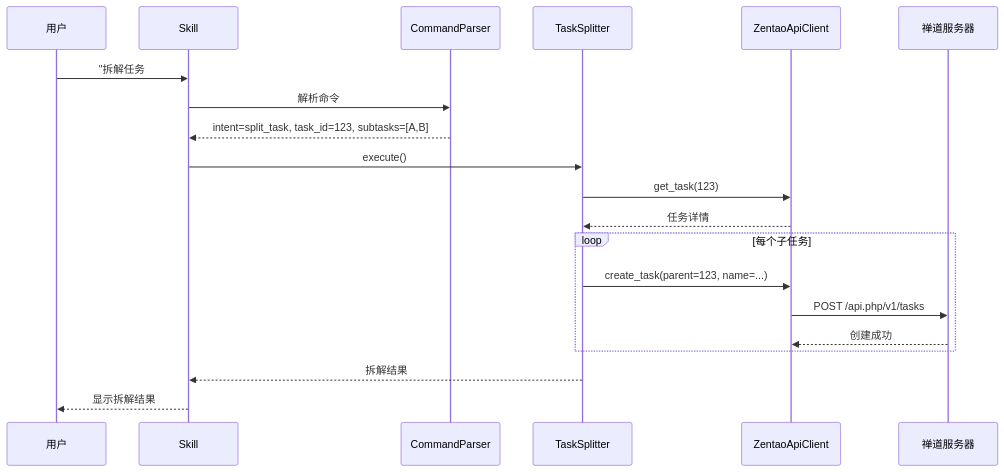
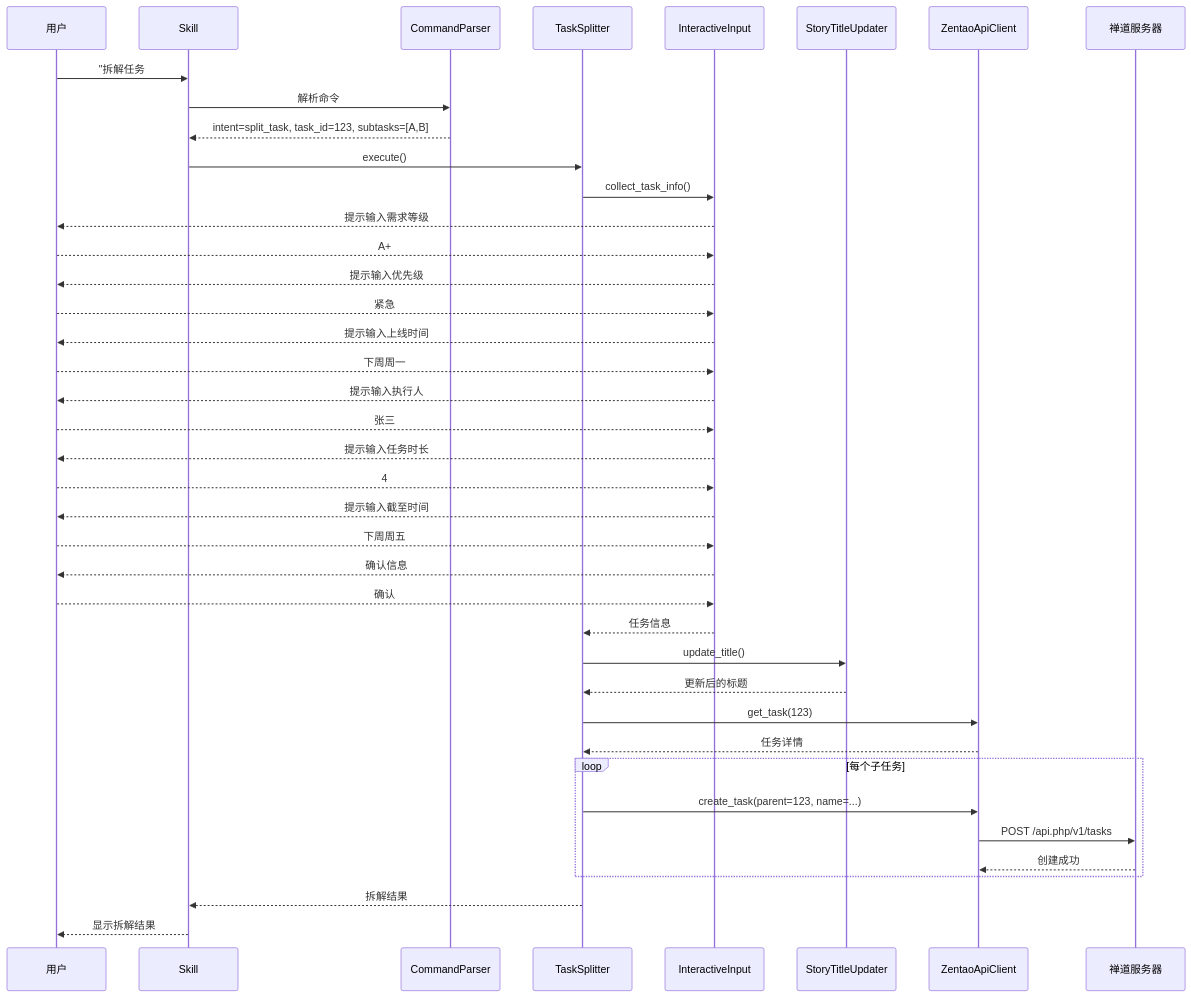
Before and after one commit to Zaxuk/Project-Z: the fourth of 5 diagrams in ZTools/docs/design/architecture.md, drawn with Mermaid. The commit also changed other lines of this file and 6 other files, not shown here.

````diff
--- a/ZTools/docs/design/architecture.md
+++ b/ZTools/docs/design/architecture.md
@@ -190,23 +201,48 @@
 ```mermaid
 sequenceDiagram
     participant User as 用户
     participant Skill as Skill
     participant Parser as CommandParser
     participant Splitter as TaskSplitter
+    participant Input as InteractiveInput
+    participant TitleUpdater as StoryTitleUpdater
     participant API as ZentaoApiClient
     participant Zentao as 禅道服务器
 
     User->>Skill: "拆解任务#123为A和B"
     Skill->>Parser: 解析命令
     Parser-->>Skill: intent=split_task, task_id=123, subtasks=[A,B]
     Skill->>Splitter: execute()
+    
+    Splitter->>Input: collect_task_info()
+    Input-->>User: 提示输入需求等级
+    User-->>Input: A+
+    Input-->>User: 提示输入优先级
+    User-->>Input: 紧急
+    Input-->>User: 提示输入上线时间
+    User-->>Input: 下周周一
+    Input-->>User: 提示输入执行人
+    User-->>Input: 张三
+    Input-->>User: 提示输入任务时长
+    User-->>Input: 4
+    Input-->>User: 提示输入截至时间
+    User-->>Input: 下周周五
+    Input-->>User: 确认信息
+    User-->>Input: 确认
+    Input-->>Splitter: 任务信息
+    
+    Splitter->>TitleUpdater: update_title()
+    TitleUpdater-->>Splitter: 更新后的标题
+    
     Splitter->>API: get_task(123)
     API-->>Splitter: 任务详情
+    
     loop 每个子任务
         Splitter->>API: create_task(parent=123, name=...)
         API->>Zentao: POST /api.php/v1/tasks
         Zentao-->>API: 创建成功
     end
+    
     Splitter-->>Skill: 拆解结果
     Skill-->>User: 显示拆解结果
 ```
````
